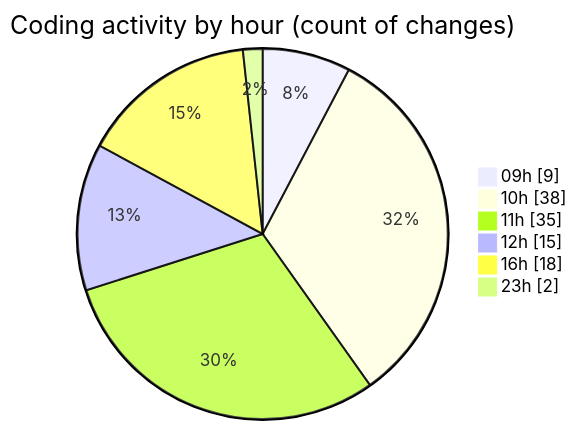
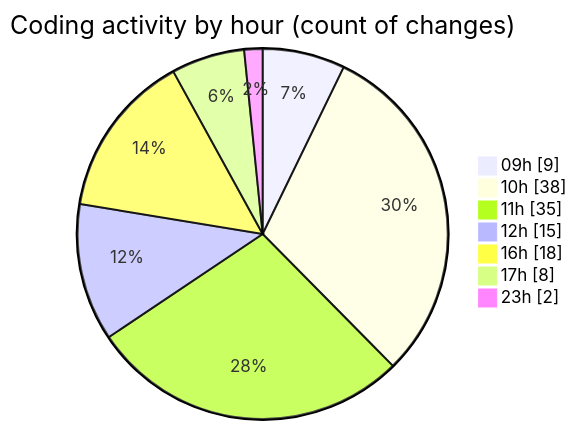
Before and after one commit to Elitesun/code-tracking: the second of 2 diagrams in 2025-05-19/niten/README.md, drawn with Mermaid. The commit also changed other lines of this file and 1 other file, not shown here.

````diff
--- a/2025-05-19/niten/README.md
+++ b/2025-05-19/niten/README.md
@@ -64,10 +67,11 @@
 ```mermaid
 pie showData
 title Coding activity by hour (count of changes)
 "09h" : 9
 "10h" : 38
 "11h" : 35
 "12h" : 15
 "16h" : 18
+"17h" : 8
 "23h" : 2
 ```
````
